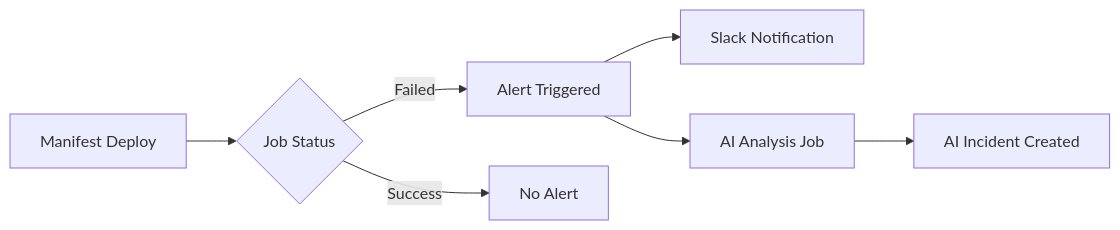
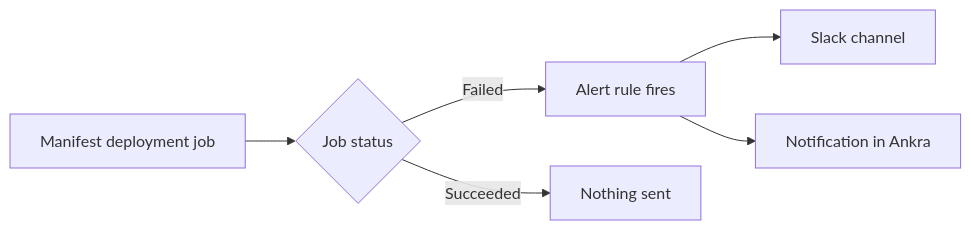
The diagram in guides/webhook-integrations.mdx (ankraio/ankra-docs), drawn with Mermaid before and after one commit. The commit also changed other lines of this file and 22 other files, not shown here.

````diff
--- a/guides/webhook-integrations.mdx
+++ b/guides/webhook-integrations.mdx
@@ -20,9 +17,8 @@
 ```mermaid
 flowchart LR
-    A[Manifest Deploy] --> B{Job Status}
-    B -->|Failed| C[Alert Triggered]
-    C --> D[Slack Notification]
-    C --> F[AI Analysis Job]
-    F --> G[AI Incident Created]
-    B -->|Success| E[No Alert]
+    A[Manifest deployment job] --> B{Job status}
+    B -->|Failed| C[Alert rule fires]
+    C --> D[Slack channel]
+    C --> E[Notification in Ankra]
+    B -->|Succeeded| F[Nothing sent]
 ```
````
